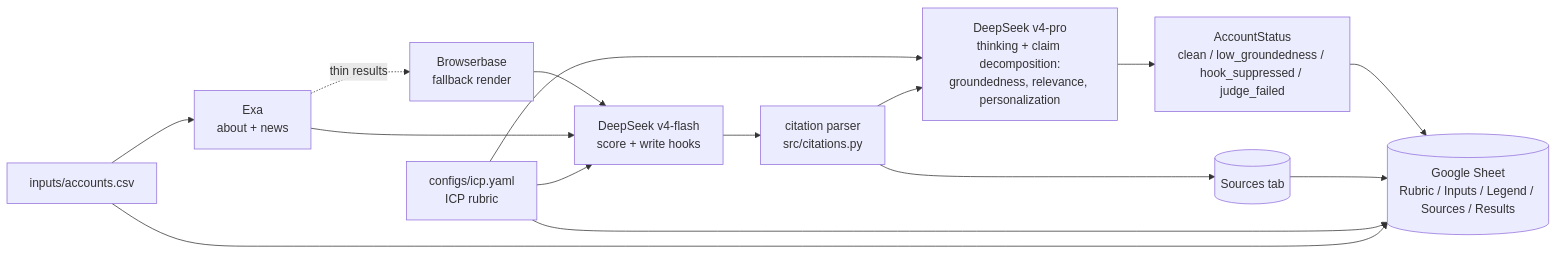
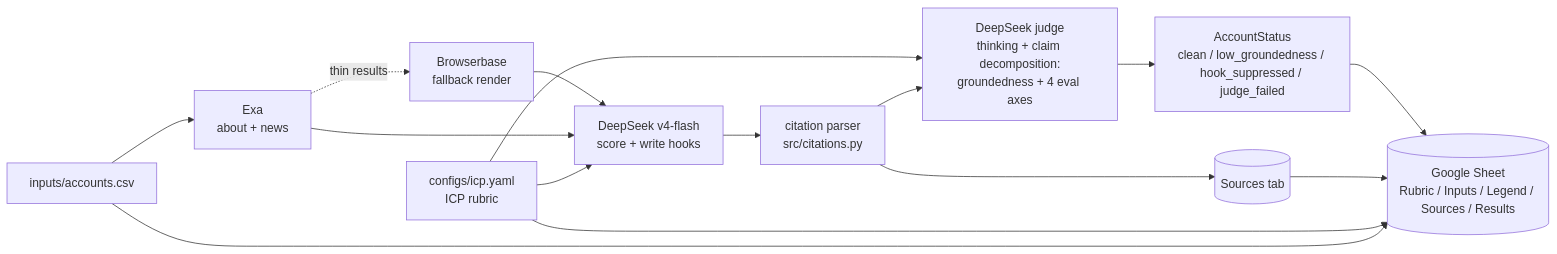
One commit to pjnhek/poc_scraper changed the diagram in README.md. Above: the diagram before and after it, drawn with Mermaid. The commit also changed other lines of this file and 7 other files, not shown here.

````diff
--- a/README.md
+++ b/README.md
@@ -28,28 +26,28 @@
 ```mermaid
 flowchart LR
     csv[inputs/accounts.csv]
     icp[configs/icp.yaml<br/>ICP rubric]
     exa[Exa<br/>about + news]
     bb[Browserbase<br/>fallback render]
     writer[DeepSeek v4-flash<br/>score + write hooks]
     citations[citation parser<br/>src/citations.py]
-    judge[DeepSeek v4-pro<br/>thinking + claim decomposition:<br/>groundedness, relevance, personalization]
+    judge[DeepSeek judge<br/>thinking + claim decomposition:<br/>groundedness + 4 eval axes]
     status[AccountStatus<br/>clean / low_groundedness / hook_suppressed / judge_failed]
     sources[(Sources tab)]
     sheet[(Google Sheet<br/>Rubric / Inputs / Legend / Sources / Results)]
 
     csv --> exa
     exa -. thin results .-> bb
     bb --> writer
     exa --> writer
     icp --> writer
     icp --> judge
     writer --> citations
     citations --> judge
     citations --> sources
     judge --> status
     status --> sheet
     sources --> sheet
     icp --> sheet
     csv --> sheet
 ```
````
